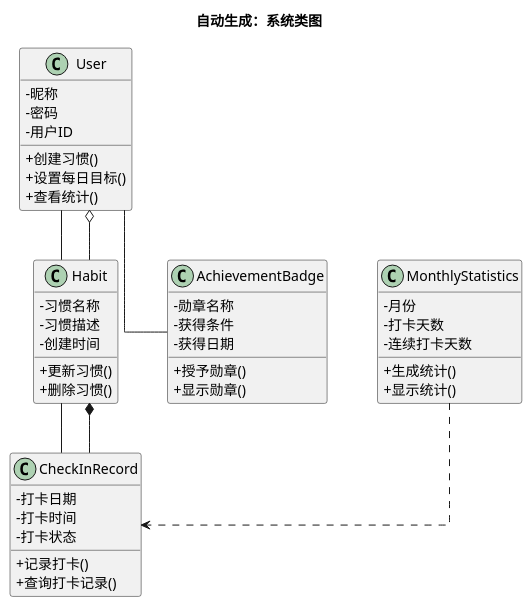
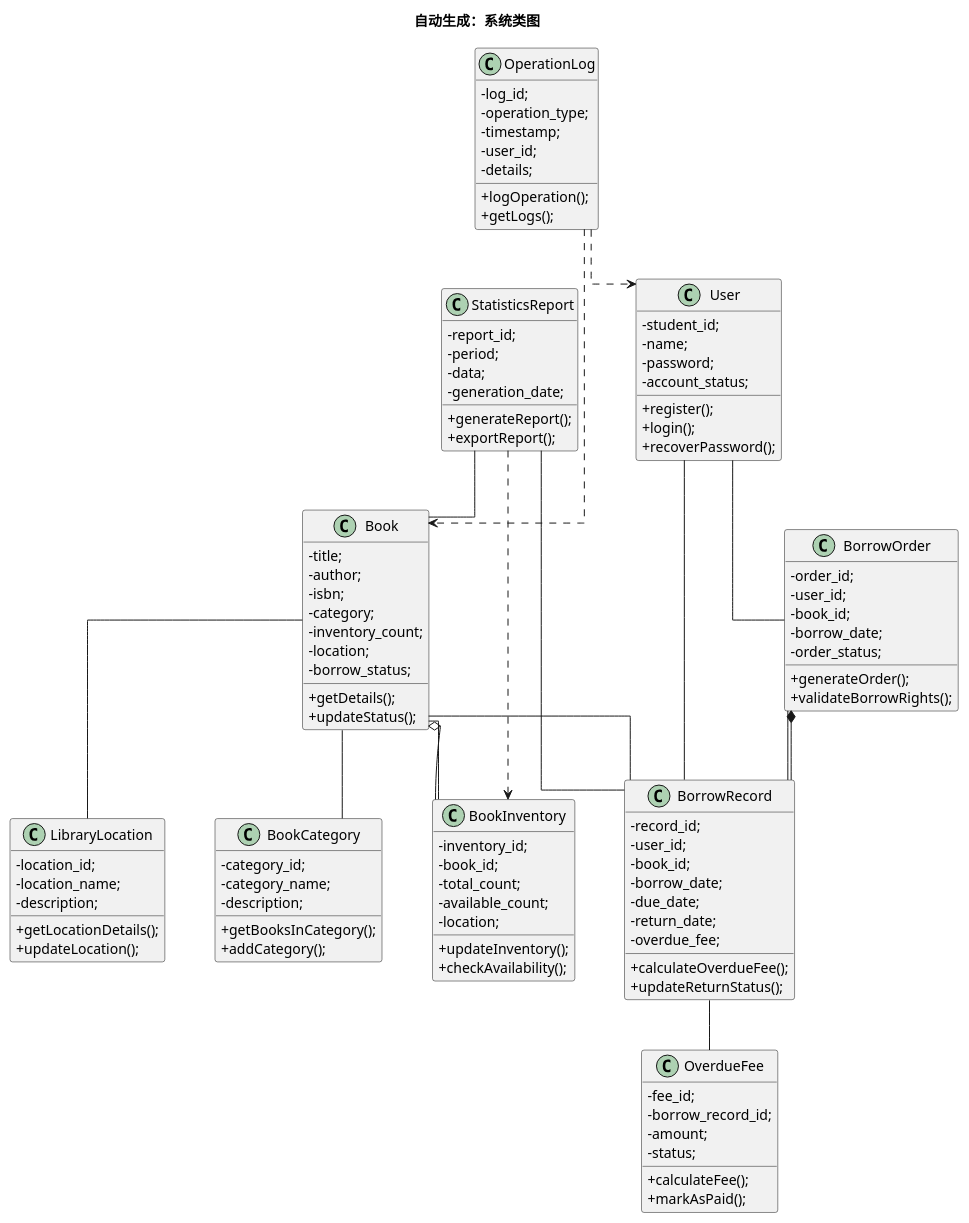
One commit to Sunday17/UML-LLM changed the diagram in output/test_class.puml. Above: the diagram before and after it, drawn with PlantUML. The commit also changed 18 other files, not shown here.

Commit message:
类图2.0使用推理模型

```diff
--- a/output/test_class.puml
+++ b/output/test_class.puml
@@ -1,105 +1,195 @@
 @startuml
 title 自动生成：系统类图
 skinparam classAttributeIconSize 0
 skinparam linetype ortho
 skinparam nodesep 50
 skinparam ranksep 50
 
 ' ==========================================
 ' 1. 定义类及其属性与方法
 ' ==========================================
 
 class "User" {
   ' 属性区 (默认设为 private: -)
-  - 昵称
-  - 密码
-  - 用户ID
+  - student_id;
+  - name;
+  - password;
+  - account_status;
   
   ' 方法区 (默认设为 public: +)
-  + 创建习惯()
-  + 设置每日目标()
-  + 查看统计()
+  + register();
+  + login();
+  + recoverPassword();
 }
 
-class "Habit" {
+class "Book" {
   ' 属性区 (默认设为 private: -)
-  - 习惯名称
-  - 习惯描述
-  - 创建时间
+  - title;
+  - author;
+  - isbn;
+  - category;
+  - inventory_count;
+  - location;
+  - borrow_status;
   
   ' 方法区 (默认设为 public: +)
-  + 更新习惯()
-  + 删除习惯()
+  + getDetails();
+  + updateStatus();
 }
 
-class "CheckInRecord" {
+class "BorrowRecord" {
   ' 属性区 (默认设为 private: -)
-  - 打卡日期
-  - 打卡时间
-  - 打卡状态
+  - record_id;
+  - user_id;
+  - book_id;
+  - borrow_date;
+  - due_date;
+  - return_date;
+  - overdue_fee;
   
   ' 方法区 (默认设为 public: +)
-  + 记录打卡()
-  + 查询打卡记录()
+  + calculateOverdueFee();
+  + updateReturnStatus();
 }
 
-class "AchievementBadge" {
+class "BorrowOrder" {
   ' 属性区 (默认设为 private: -)
-  - 勋章名称
-  - 获得条件
-  - 获得日期
+  - order_id;
+  - user_id;
+  - book_id;
+  - borrow_date;
+  - order_status;
   
   ' 方法区 (默认设为 public: +)
-  + 授予勋章()
-  + 显示勋章()
+  + generateOrder();
+  + validateBorrowRights();
 }
 
-class "MonthlyStatistics" {
+class "BookCategory" {
   ' 属性区 (默认设为 private: -)
-  - 月份
-  - 打卡天数
-  - 连续打卡天数
+  - category_id;
+  - category_name;
+  - description;
   
   ' 方法区 (默认设为 public: +)
-  + 生成统计()
-  + 显示统计()
+  + getBooksInCategory();
+  + addCategory();
+}
+
+class "LibraryLocation" {
+  ' 属性区 (默认设为 private: -)
+  - location_id;
+  - location_name;
+  - description;
+  
+  ' 方法区 (默认设为 public: +)
+  + getLocationDetails();
+  + updateLocation();
+}
+
+class "OverdueFee" {
+  ' 属性区 (默认设为 private: -)
+  - fee_id;
+  - borrow_record_id;
+  - amount;
+  - status;
+  
+  ' 方法区 (默认设为 public: +)
+  + calculateFee();
+  + markAsPaid();
+}
+
+class "OperationLog" {
+  ' 属性区 (默认设为 private: -)
+  - log_id;
+  - operation_type;
+  - timestamp;
+  - user_id;
+  - details;
+  
+  ' 方法区 (默认设为 public: +)
+  + logOperation();
+  + getLogs();
+}
+
+class "StatisticsReport" {
+  ' 属性区 (默认设为 private: -)
+  - report_id;
+  - period;
+  - data;
+  - generation_date;
+  
+  ' 方法区 (默认设为 public: +)
+  + generateReport();
+  + exportReport();
+}
+
+class "BookInventory" {
+  ' 属性区 (默认设为 private: -)
+  - inventory_id;
+  - book_id;
+  - total_count;
+  - available_count;
+  - location;
+  
+  ' 方法区 (默认设为 public: +)
+  + updateInventory();
+  + checkAvailability();
 }
 
 
 
 ' ==========================================
 ' 2. 定义类之间的关系
 ' ==========================================
 
 ' 2.1 Association (关联关系: --)
 
-"User" -- "Habit"
+"User" -- "BorrowRecord"
 
-"User" -- "AchievementBadge"
+"User" -- "BorrowOrder"
 
-"Habit" -- "CheckInRecord"
+"Book" -- "BorrowRecord"
+
+"Book" -- "BookCategory"
+
+"Book" -- "LibraryLocation"
+
+"Book" -- "BookInventory"
+
+"BorrowRecord" -- "OverdueFee"
+
+"BorrowOrder" -- "BorrowRecord"
+
+"StatisticsReport" -- "BorrowRecord"
+
+"StatisticsReport" -- "Book"
 
 
 ' 2.2 Generalization (泛化/继承关系: --|>)
 ' 注意：PlantUML 中箭头指向父类，所以如果是 ["子类", "父类"]，用 --|>
 
 
 ' 2.3 Composition (组合关系: *--)
 ' 注意：强整体拥有部分，如果是 ["整体", "部分"]，用 *--
 
-"Habit" *-- "CheckInRecord"
+"BorrowOrder" *-- "BorrowRecord"
 
 
 ' 2.4 Aggregation (聚合关系: o--)
 ' 注意：弱整体包含部分，如果是 ["整体", "部分"]，用 o--
 
-"User" o-- "Habit"
+"Book" o-- "BookInventory"
 
 
 ' 2.5 Dependency (依赖关系: ..>)
 ' 注意：源类依赖目标类，如果是 ["源类", "目标类"]，用 ..>
 
-"MonthlyStatistics" ..> "CheckInRecord"
+"OperationLog" ..> "User"
+
+"OperationLog" ..> "Book"
+
+"StatisticsReport" ..> "BookInventory"
 
 
 @enduml
```
